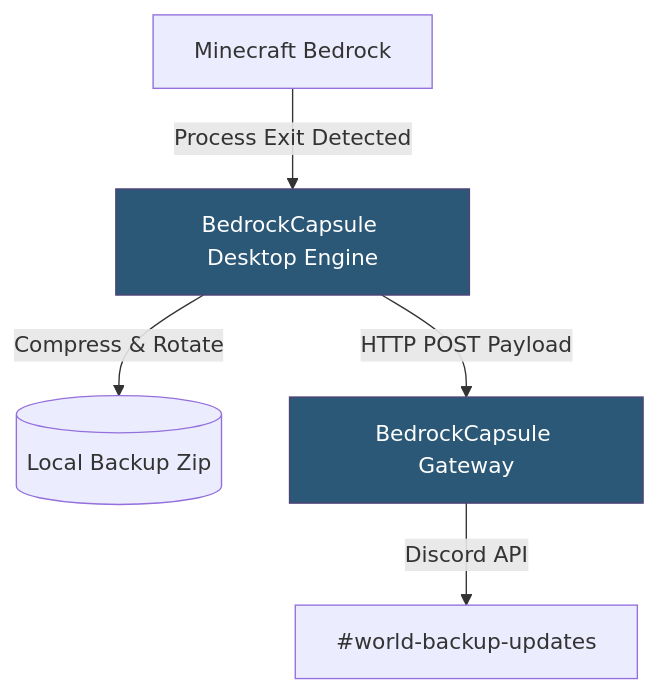
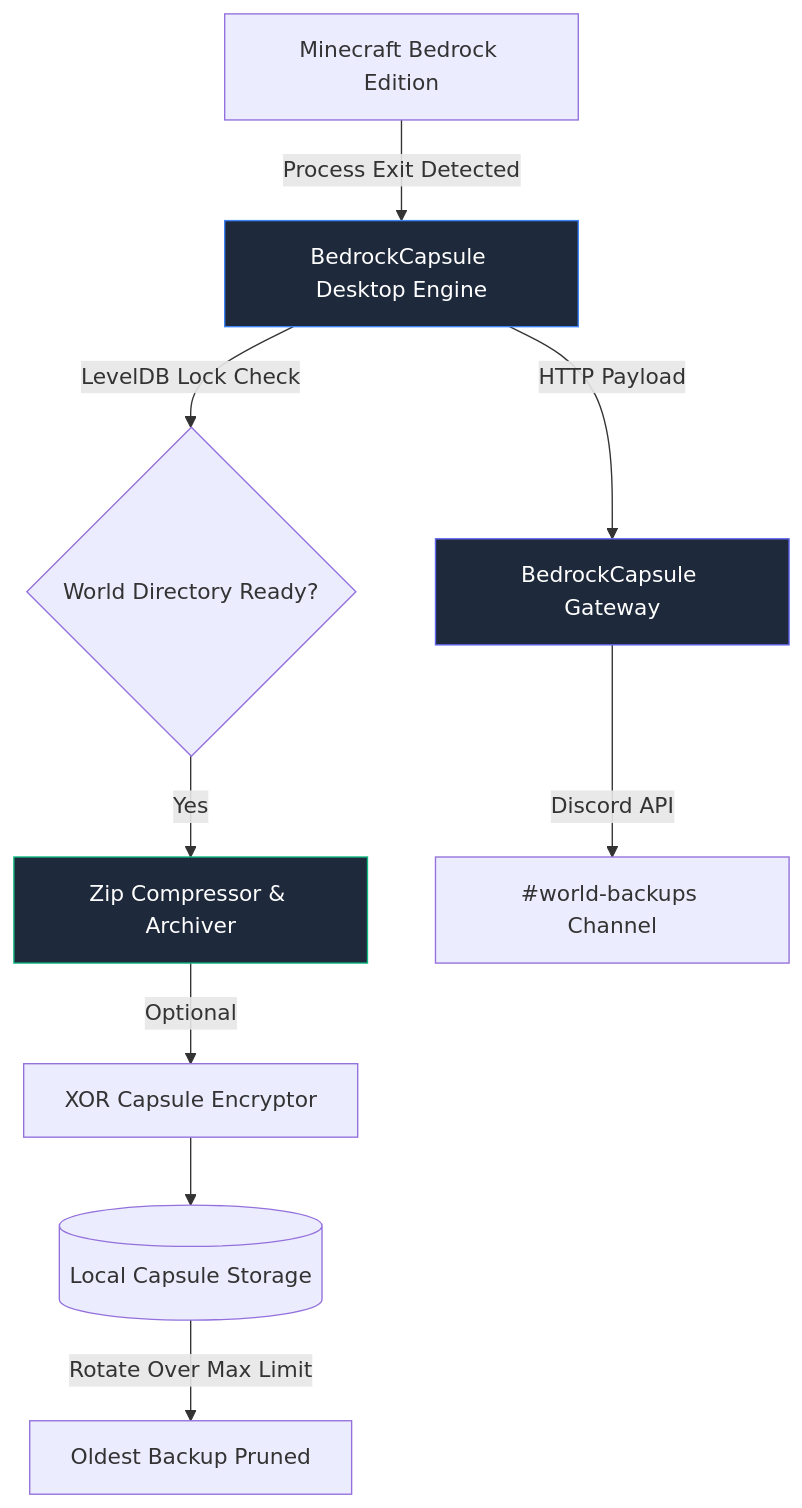
Before and after one commit to NIVYT/BedrockCapsule: the diagram in README.md, drawn with Mermaid. The commit also changed other lines of this file and 2 other files, not shown here.

````diff
--- a/README.md
+++ b/README.md
@@ -28,10 +44,15 @@
 ```mermaid
 graph TD
-    A[Minecraft Bedrock] -->|Process Exit Detected| B[BedrockCapsule Desktop Engine]
-    B -->|Compress & Rotate| C[(Local Backup Zip)]
-    B -->|HTTP POST Payload| D[BedrockCapsule Gateway]
-    D -->|Discord API| E[#world-backup-updates]
+    A[Minecraft Bedrock Edition] -->|Process Exit Detected| B[BedrockCapsule Desktop Engine]
+    B -->|LevelDB Lock Check| C{World Directory Ready?}
+    C -->|Yes| D[Zip Compressor & Archiver]
+    D -->|Optional| E[XOR Capsule Encryptor]
+    E --> F[(Local Capsule Storage)]
+    F -->|Rotate Over Max Limit| G[Oldest Backup Pruned]
+    B -->|HTTP Payload| H[BedrockCapsule Gateway]
+    H -->|Discord API| I[#world-backups Channel]
     
-    style B fill:#2b5876,stroke:#4e4376,color:#fff
-    style D fill:#2b5876,stroke:#4e4376,color:#fff
+    style B fill:#1e293b,stroke:#3b82f6,color:#fff
+    style D fill:#1e293b,stroke:#10b981,color:#fff
+    style H fill:#1e293b,stroke:#6366f1,color:#fff
 ```
````
